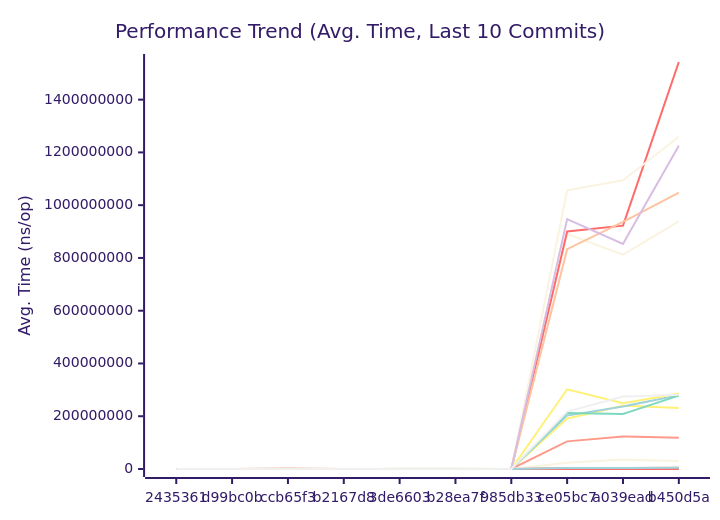
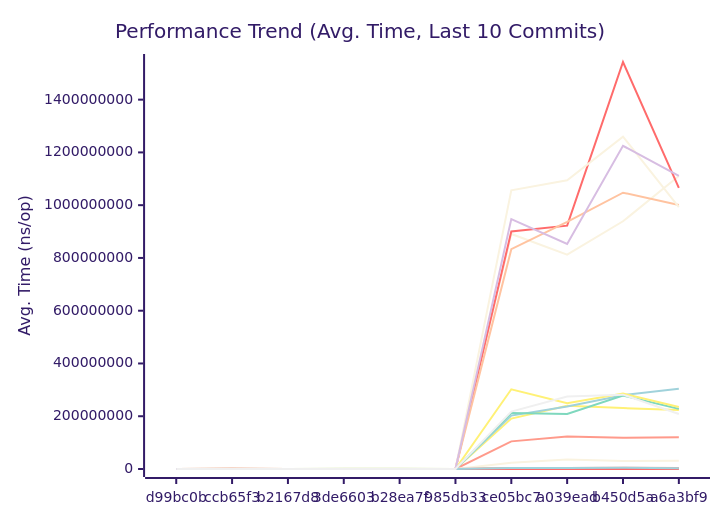
One commit to alsotoes/momo changed the first of 3 diagrams in docs/PERFORMANCE.md. Above: the diagram before and after it, drawn with Mermaid (forest theme). The commit also changed other lines of this file and 41 other files, not shown here.

````diff
--- a/docs/PERFORMANCE.md
+++ b/docs/PERFORMANCE.md
@@ -252,42 +252,42 @@
 ```mermaid
 xychart-beta
     title "Performance Trend (Avg. Time, Last 10 Commits)"
     x-axis "Commit"
     y-axis "Avg. Time (ns/op)"
-    x-axis [2435361,d99bc0b,ccb65f3,b2167d8,3de6603,b28ea7f,985db33,ce05bc7,a039ead,b450d5a]
-    line "AWSChunkedReaderSigned" [447933,454201,498260,437140,488574,498069,465911,433775,468904,508062]
-    line "AWSChunkedReaderUnsigned" [434167,472936,515178,422333,429659,468690,435995,410570,459580,513068]
-    line "CheckMetricsAndSwap" [8,11,10,8,8,11,8,8,8,10]
-    line "CrushOptimized" [360,327,392,318,363,314,313,296,324,395]
-    line "CrushOriginal" [414,473,508,433,434,468,438,389,424,500]
-    line "FormatListObjectsV2XML_AppendFormat" [0,0,0,0,0,0,0,585500,632895,781453]
-    line "FormatListObjectsV2XML_OldFormat" [0,0,0,0,0,0,0,385936,392685,437988]
-    line "HashBytes/1MiB" [0,0,0,0,0,0,0,2943044,3455198,4083758]
-    line "HashBytes/256MiB" [0,0,0,0,0,0,0,890920045,812286372,938923522]
-    line "HashBytes/64MiB" [0,0,0,0,0,0,0,191159849,239861268,230821474]
-    line "HashFile/1MiB" [0,0,0,0,0,0,0,3438255,3866812,3929226]
-    line "HashFile/256MiB" [0,0,0,0,0,0,0,900152012,922386758,1542681975]
-    line "HashFile/64MiB" [0,0,0,0,0,0,0,202378726,236988193,279832912]
-    line "IndexDirectTracking" [0,0,0,0,0,0,0,0,0,0]
-    line "IndexSearch" [3,3,3,3,2,2,2,3,3,3]
-    line "LoadGlobalConfig" [8267,9369,9892,8516,8353,9052,8987,8373,9135,11430]
-    line "LocalWrite/1MiB" [0,0,0,0,0,0,0,386344,535333,623012]
-    line "LocalWrite/256MiB" [0,0,0,0,0,0,0,104739454,123322682,118227363]
-    line "LocalWrite/64MiB" [0,0,0,0,0,0,0,24065226,35686954,30222165]
-    line "PadString" [40,55,47,40,42,47,44,41,47,91]
+    x-axis [d99bc0b,ccb65f3,b2167d8,3de6603,b28ea7f,985db33,ce05bc7,a039ead,b450d5a,a6a3bf9]
+    line "AWSChunkedReaderSigned" [454201,498260,437140,488574,498069,465911,433775,468904,508062,513734]
+    line "AWSChunkedReaderUnsigned" [472936,515178,422333,429659,468690,435995,410570,459580,513068,555370]
+    line "CheckMetricsAndSwap" [11,10,8,8,11,8,8,8,10,10]
+    line "CrushOptimized" [327,392,318,363,314,313,296,324,395,388]
+    line "CrushOriginal" [473,508,433,434,468,438,389,424,500,510]
+    line "FormatListObjectsV2XML_AppendFormat" [0,0,0,0,0,0,585500,632895,781453,825885]
+    line "FormatListObjectsV2XML_OldFormat" [0,0,0,0,0,0,385936,392685,437988,457438]
+    line "HashBytes/1MiB" [0,0,0,0,0,0,2943044,3455198,4083758,3234966]
+    line "HashBytes/256MiB" [0,0,0,0,0,0,890920045,812286372,938923522,1110812216]
+    line "HashBytes/64MiB" [0,0,0,0,0,0,191159849,239861268,230821474,223678991]
+    line "HashFile/1MiB" [0,0,0,0,0,0,3438255,3866812,3929226,4016890]
+    line "HashFile/256MiB" [0,0,0,0,0,0,900152012,922386758,1542681975,1065256239]
+    line "HashFile/64MiB" [0,0,0,0,0,0,202378726,236988193,279832912,304125965]
+    line "IndexDirectTracking" [0,0,0,0,0,0,0,0,0,1]
+    line "IndexSearch" [3,3,3,2,2,2,3,3,3,3]
+    line "LoadGlobalConfig" [9369,9892,8516,8353,9052,8987,8373,9135,11430,10521]
+    line "LocalWrite/1MiB" [0,0,0,0,0,0,386344,535333,623012,523182]
+    line "LocalWrite/256MiB" [0,0,0,0,0,0,104739454,123322682,118227363,120742842]
+    line "LocalWrite/64MiB" [0,0,0,0,0,0,24065226,35686954,30222165,31091015]
+    line "PadString" [55,47,40,42,47,44,41,47,91,57]
     line "ParseReplicationOrder_NoPrealloc" [350,349,357,354,345,225,229,165,232,234]
     line "ParseReplicationOrder_Prealloc" [229,231,237,234,229,108,107,80,110,109]
-    line "Placement" [0,0,0,0,0,0,0,4402,4818,5406]
-    line "PlacementDomainSpread" [0,0,0,0,0,0,0,4713,5072,5712]
-    line "ReadVerify/1MiB" [0,0,0,0,0,0,0,3322226,4158622,4423216]
-    line "ReadVerify/256MiB" [0,0,0,0,0,0,0,833047448,936726754,1047336519]
-    line "ReadVerify/64MiB" [0,0,0,0,0,0,0,212456699,208430448,278276063]
-    line "S3PutSpool/1MiB" [0,0,0,0,0,0,0,3659136,3725511,4622411]
-    line "S3PutSpool/256MiB" [0,0,0,0,0,0,0,1056311038,1094320670,1259669614]
-    line "S3PutSpool/64MiB" [0,0,0,0,0,0,0,302092155,249542876,286259711]
-    line "SanitizeLog/Safe" [240,236,244,225,243,248,275,222,246,264]
-    line "SanitizeLog/Unsafe" [706,809,898,695,698,749,710,674,741,900]
-    line "TrustedRead/1MiB" [0,0,0,0,0,0,0,3530931,3629261,4639890]
-    line "TrustedRead/256MiB" [0,0,0,0,0,0,0,947127786,853259220,1225064259]
-    line "TrustedRead/64MiB" [0,0,0,0,0,0,0,217573714,274674598,281874202]
+    line "Placement" [0,0,0,0,0,0,4402,4818,5406,5565]
+    line "PlacementDomainSpread" [0,0,0,0,0,0,4713,5072,5712,5726]
+    line "ReadVerify/1MiB" [0,0,0,0,0,0,3322226,4158622,4423216,3880705]
+    line "ReadVerify/256MiB" [0,0,0,0,0,0,833047448,936726754,1047336519,1000480549]
+    line "ReadVerify/64MiB" [0,0,0,0,0,0,212456699,208430448,278276063,227817182]
+    line "S3PutSpool/1MiB" [0,0,0,0,0,0,3659136,3725511,4622411,4130137]
+    line "S3PutSpool/256MiB" [0,0,0,0,0,0,1056311038,1094320670,1259669614,992342042]
+    line "S3PutSpool/64MiB" [0,0,0,0,0,0,302092155,249542876,286259711,234949006]
+    line "SanitizeLog/Safe" [236,244,225,243,248,275,222,246,264,286]
+    line "SanitizeLog/Unsafe" [809,898,695,698,749,710,674,741,900,848]
+    line "TrustedRead/1MiB" [0,0,0,0,0,0,3530931,3629261,4639890,3222989]
+    line "TrustedRead/256MiB" [0,0,0,0,0,0,947127786,853259220,1225064259,1110598924]
+    line "TrustedRead/64MiB" [0,0,0,0,0,0,217573714,274674598,281874202,208613545]
 ```
````
